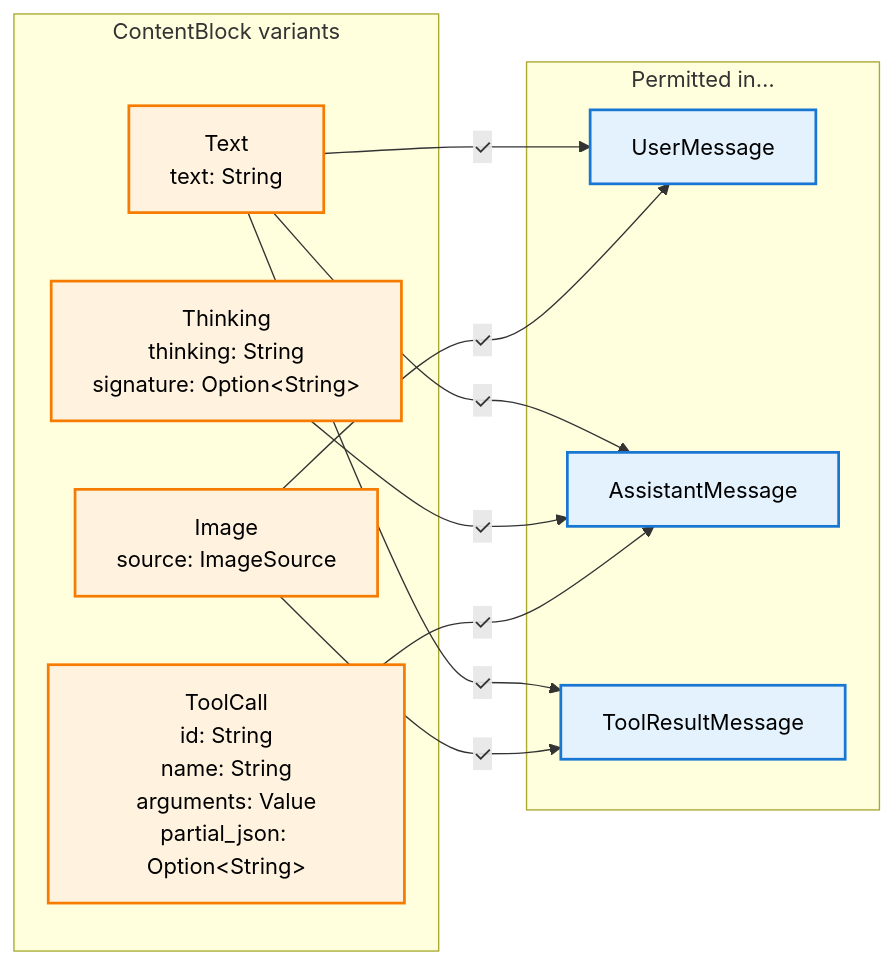
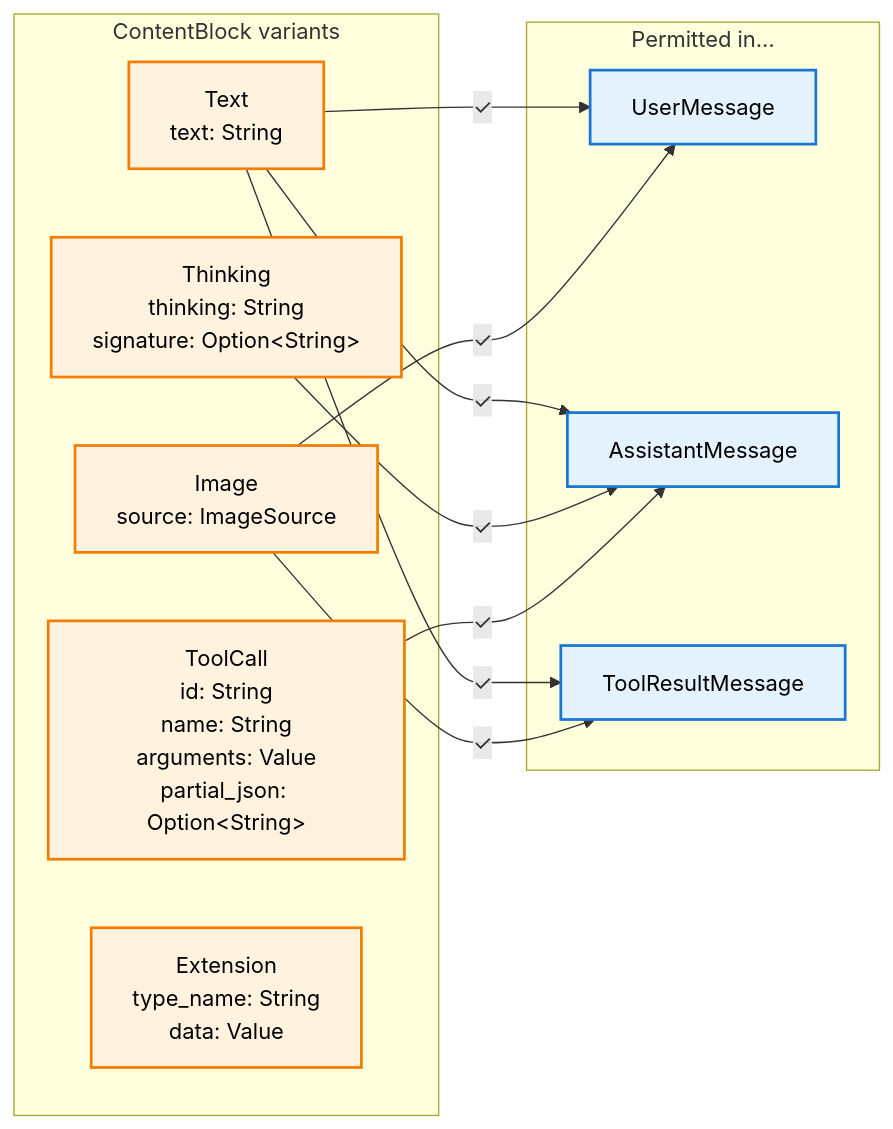
Before and after one commit to SuperSwinkAI/Swink-Agent: the third of 4 diagrams in docs/architecture/data-model/README.md, drawn with Mermaid. The commit also changed other lines of this file and 2 other files, not shown here.

First line of the commit message:
Fix doc inaccuracies in data model, errors, streaming

````diff
--- a/docs/architecture/data-model/README.md
+++ b/docs/architecture/data-model/README.md
@@ -144,29 +145,30 @@
 ```mermaid
 flowchart LR
     subgraph Variants["ContentBlock variants"]
         Text["Text<br/>text: String"]
         Thinking["Thinking<br/>thinking: String<br/>signature: Option&lt;String&gt;"]
         ToolCall["ToolCall<br/>id: String<br/>name: String<br/>arguments: Value<br/>partial_json: Option&lt;String&gt;"]
         Image["Image<br/>source: ImageSource"]
+        Extension["Extension<br/>type_name: String<br/>data: Value"]
     end
 
     subgraph Permitted["Permitted in…"]
         InUser["UserMessage"]
         InAssistant["AssistantMessage"]
         InToolResult["ToolResultMessage"]
     end
 
     Text -->|"✓"| InUser
     Text -->|"✓"| InAssistant
     Text -->|"✓"| InToolResult
     Thinking -->|"✓"| InAssistant
     ToolCall -->|"✓"| InAssistant
     Image -->|"✓"| InUser
     Image -->|"✓"| InToolResult
 
     classDef blockStyle fill:#fff3e0,stroke:#f57c00,stroke-width:2px,color:#000
     classDef msgStyle fill:#e3f2fd,stroke:#1976d2,stroke-width:2px,color:#000
 
-    class Text,Thinking,ToolCall,Image blockStyle
+    class Text,Thinking,ToolCall,Image,Extension blockStyle
     class InUser,InAssistant,InToolResult msgStyle
 ```
````
